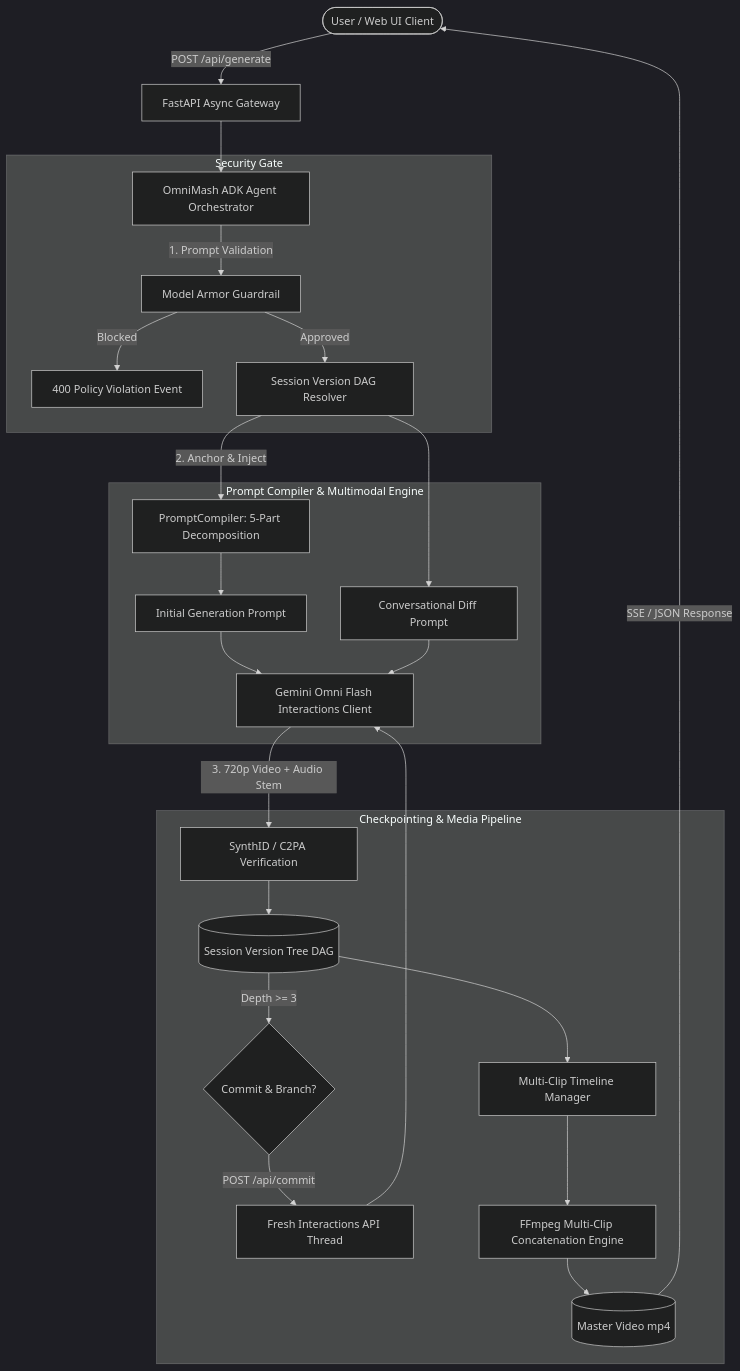
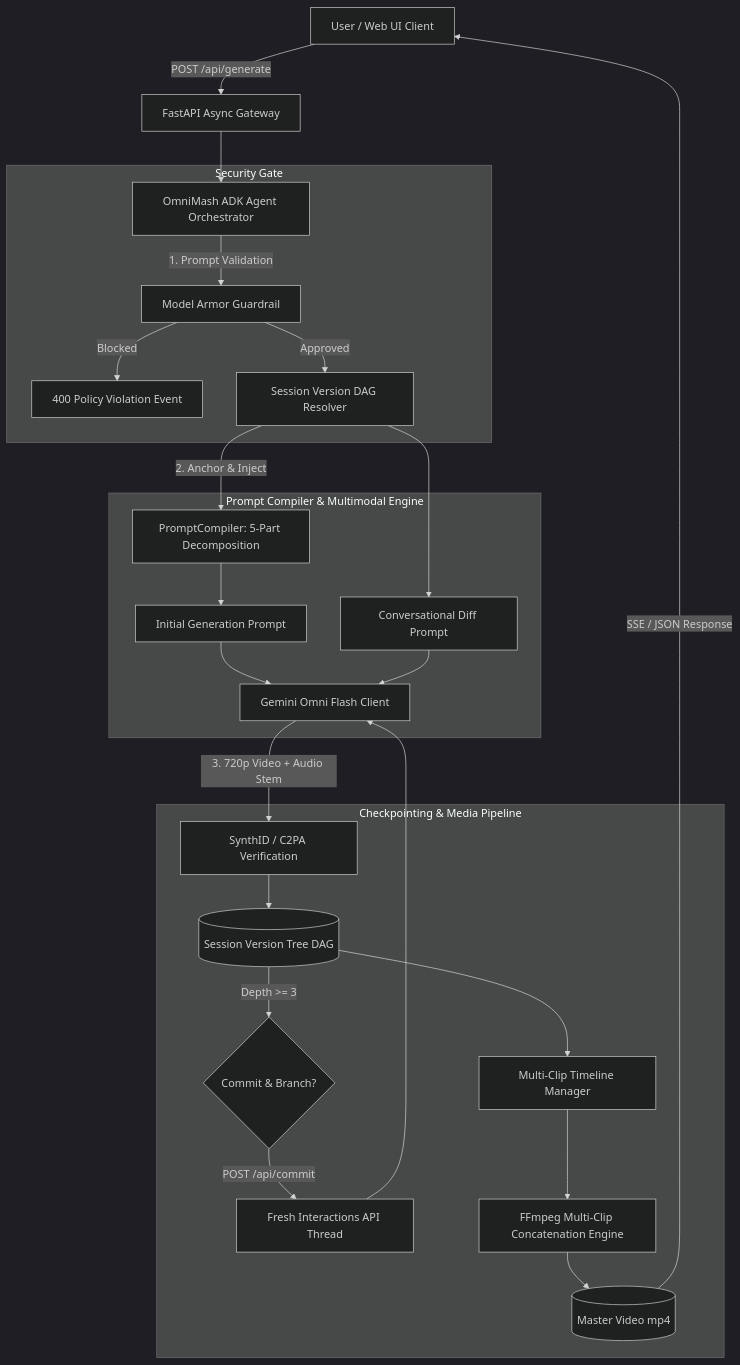
Before and after one commit to tottenjordan/omnimash: the diagram in README.md, drawn with Mermaid (dark theme). The commit also changed other lines of this file and 8 other files, not shown here.

Commit message:
docs(mermaid): sweep and fix all mermaid subgraph syntax, unquoted labels, and math rendering

````diff
--- a/README.md
+++ b/README.md
@@ -66,33 +66,33 @@
 ```mermaid
 graph TD
-    User([User / Web UI Client]) -->|POST /api/generate| API[FastAPI Async Gateway]
-    API --> Agent[OmniMash ADK Agent Orchestrator]
+    User["User / Web UI Client"] -->|POST /api/generate| API["FastAPI Async Gateway"]
+    API --> Agent["OmniMash ADK Agent Orchestrator"]
     
-    subgraph Security Gate
-        Agent -->|1. Prompt Validation| Guard[Model Armor Guardrail]
-        Guard -->|Blocked| Reject[400 Policy Violation Event]
-        Guard -->|Approved| SessionState[Session Version DAG Resolver]
+    subgraph SecurityGate["Security Gate"]
+        Agent -->|1. Prompt Validation| Guard["Model Armor Guardrail"]
+        Guard -->|Blocked| Reject["400 Policy Violation Event"]
+        Guard -->|Approved| SessionState["Session Version DAG Resolver"]
     end
 
-    subgraph Prompt Compiler & Multimodal Engine
-        SessionState -->|2. Anchor & Inject| Compiler[PromptCompiler: 5-Part Decomposition]
-        Compiler --> TaxInitial[Initial Generation Prompt]
-        SessionState --> TaxDelta[Conversational Diff Prompt]
+    subgraph PromptEngine["Prompt Compiler & Multimodal Engine"]
+        SessionState -->|2. Anchor & Inject| Compiler["PromptCompiler: 5-Part Decomposition"]
+        Compiler --> TaxInitial["Initial Generation Prompt"]
+        SessionState --> TaxDelta["Conversational Diff Prompt"]
         
-        TaxInitial --> Omni[Gemini Omni Flash Interactions Client]
+        TaxInitial --> Omni["Gemini Omni Flash Client"]
         TaxDelta --> Omni
     end
 
-    subgraph Checkpointing & Media Pipeline
-        Omni -->|3. 720p Video + Audio Stem| Watermark[SynthID / C2PA Verification]
-        Watermark --> DAGStore[(Session Version Tree DAG)]
-        DAGStore -->|Depth >= 3| CommitGate{Commit & Branch?}
-        CommitGate -->|POST /api/commit| ReAnchor[Fresh Interactions API Thread]
+    subgraph MediaPipeline["Checkpointing & Media Pipeline"]
+        Omni -->|3. 720p Video + Audio Stem| Watermark["SynthID / C2PA Verification"]
+        Watermark --> DAGStore[("Session Version Tree DAG")]
+        DAGStore -->|"Depth >= 3"| CommitGate{"Commit & Branch?"}
+        CommitGate -->|POST /api/commit| ReAnchor["Fresh Interactions API Thread"]
         ReAnchor --> Omni
-        DAGStore --> Timeline[Multi-Clip Timeline Manager]
-        Timeline --> Stitcher[FFmpeg Multi-Clip Concatenation Engine]
-        Stitcher --> MasterVideo[(Master Video mp4)]
+        DAGStore --> Timeline["Multi-Clip Timeline Manager"]
+        Timeline --> Stitcher["FFmpeg Multi-Clip Concatenation Engine"]
+        Stitcher --> MasterVideo[("Master Video mp4")]
     end
 
     MasterVideo -->|SSE / JSON Response| User
 ```
````
